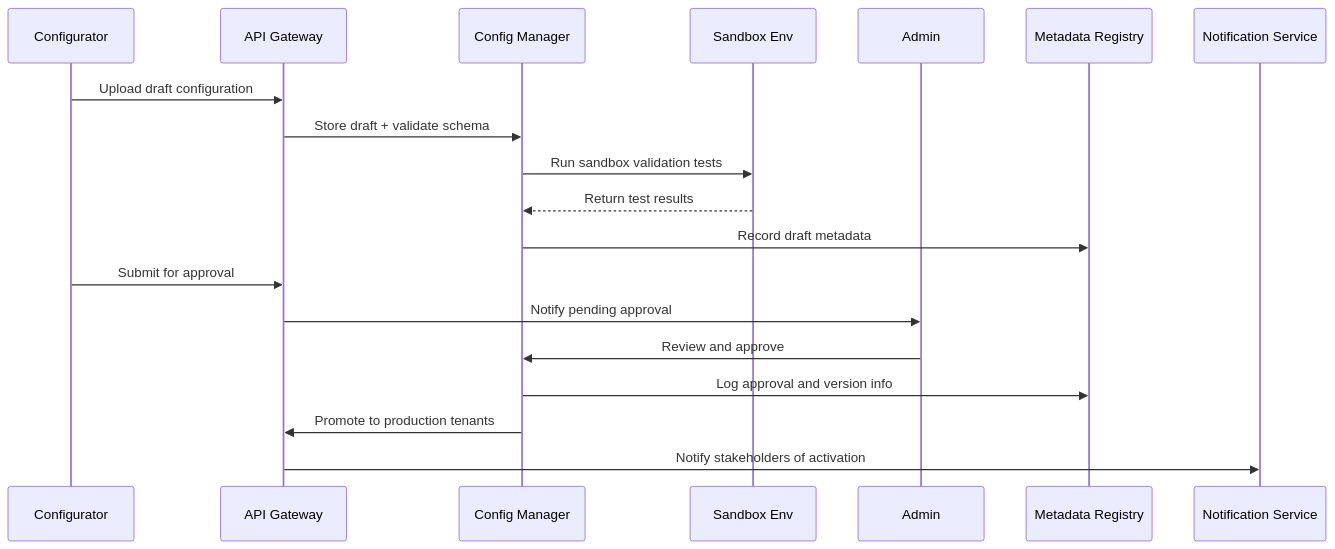
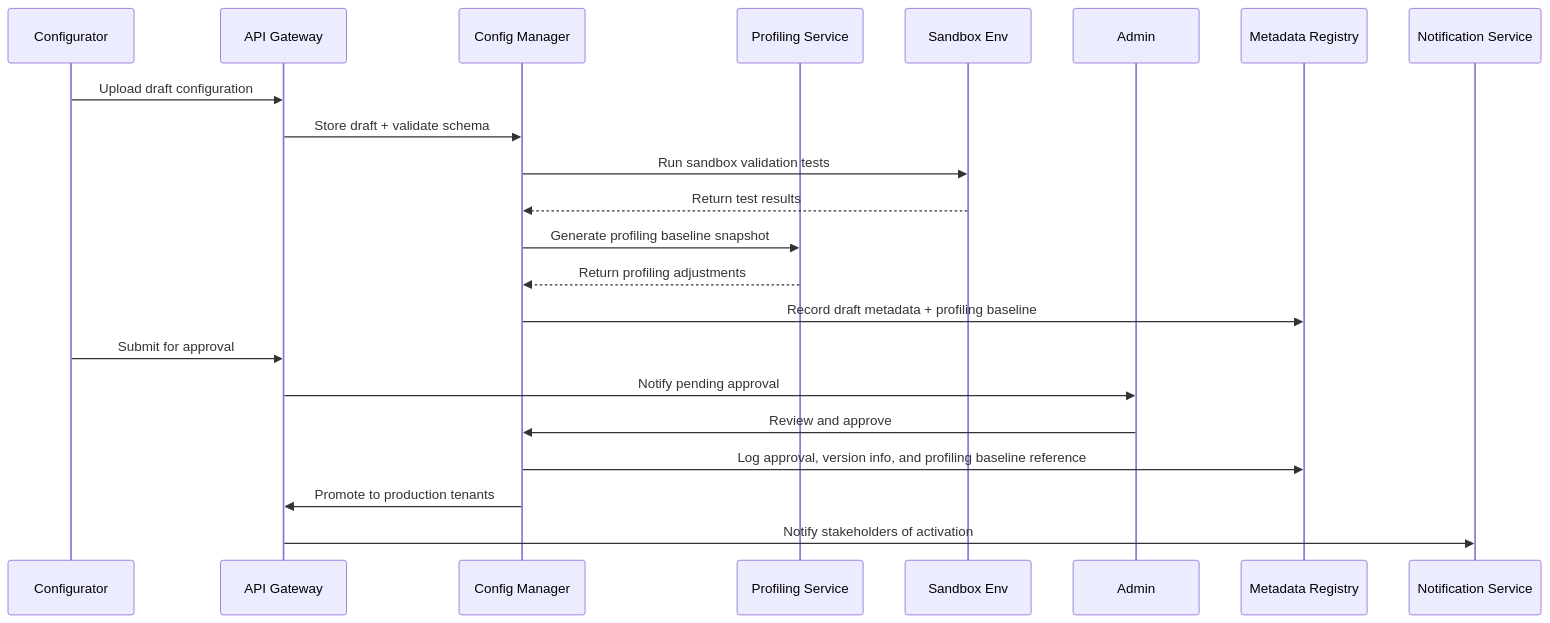
One commit to JohnGaros/data_quality_api changed the diagram in docs/diagrams/config_promotion_flow.mmd. Above: the diagram before and after it, drawn with Mermaid. The commit also changed 23 other files, not shown here.

Commit message:
Document profiling-driven validation and scaffold external upload flow

```diff
--- a/docs/diagrams/config_promotion_flow.mmd
+++ b/docs/diagrams/config_promotion_flow.mmd
@@ -1,20 +1,23 @@
 sequenceDiagram
     participant CFG as Configurator
     participant API as API Gateway
     participant CM as Config Manager
+    participant PF as Profiling Service
     participant SAN as Sandbox Env
     participant ADM as Admin
     participant MD as Metadata Registry
     participant NT as Notification Service
 
     CFG->>API: Upload draft configuration
     API->>CM: Store draft + validate schema
     CM->>SAN: Run sandbox validation tests
     SAN-->>CM: Return test results
-    CM->>MD: Record draft metadata
+    CM->>PF: Generate profiling baseline snapshot
+    PF-->>CM: Return profiling adjustments
+    CM->>MD: Record draft metadata + profiling baseline
     CFG->>API: Submit for approval
     API->>ADM: Notify pending approval
     ADM->>CM: Review and approve
-    CM->>MD: Log approval and version info
+    CM->>MD: Log approval, version info, and profiling baseline reference
     CM->>API: Promote to production tenants
     API->>NT: Notify stakeholders of activation
```
